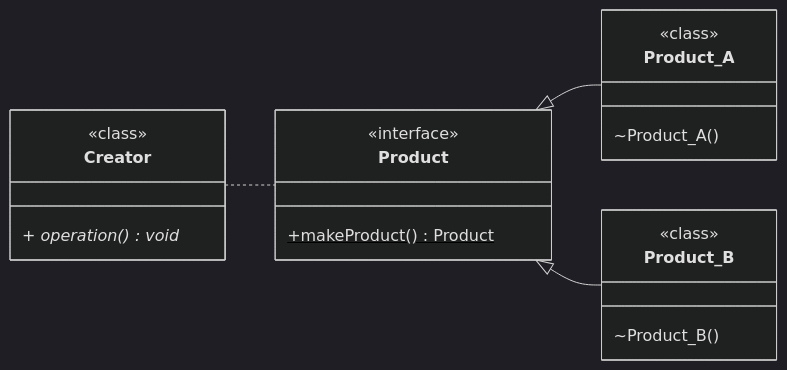
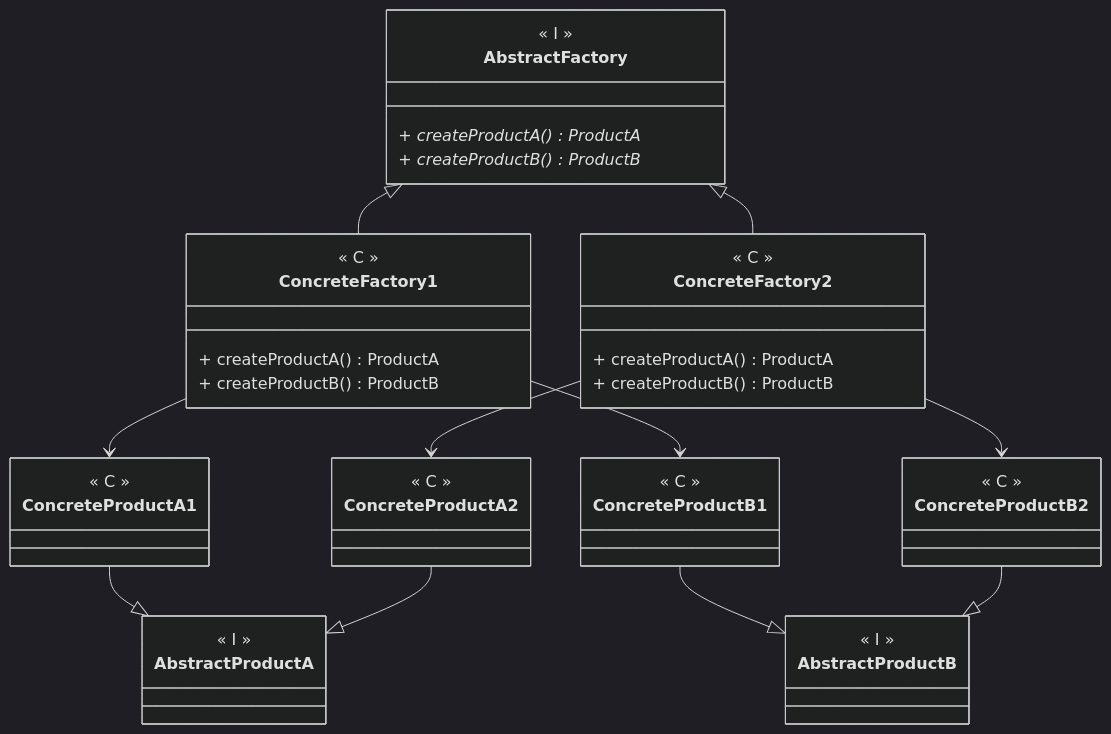
The third of 3 diagrams in Programming/Patterns/data/Factory.md (angelromarco04/MyNotes), drawn with Mermaid (dark theme) before and after one commit. The commit also changed other lines of this file, not shown here.

Commit message:
-03-2024_1630

````diff
--- a/Programming/Patterns/data/Factory.md
+++ b/Programming/Patterns/data/Factory.md
@@ -187,28 +187,61 @@
 ```mermaid
 classDiagram
-direction LR
+direction TB
 
-Creator .. Product
-Product <|-- Product_A
-Product <|-- Product_B
+AbstractFactory <|-- ConcreteFactory1
+AbstractFactory <|-- ConcreteFactory2
 
-class Product {
-	<<interface>>
-	+makeProduct() Product$
+ConcreteFactory1 --> ConcreteProductA1
+ConcreteFactory1 --> ConcreteProductB1
+
+ConcreteFactory2 --> ConcreteProductA2
+ConcreteFactory2 --> ConcreteProductB2
+
+ConcreteProductA1 --|> AbstractProductA
+ConcreteProductA2 --|> AbstractProductA
+
+ConcreteProductB1 --|> AbstractProductB
+ConcreteProductB2 --|> AbstractProductB
+
+class AbstractFactory {
+	<< I >>
+	+ createProductA() ProductA *
+	+ createProductB() ProductB *
 }
 
-class Product_A {
-	<<class>>
-	~Product_A()
+class ConcreteFactory1 {
+	<< C >>
+	+ createProductA() ProductA
+	+ createProductB() ProductB
 }
 
-class Product_B {
-	<<class>>
-	~Product_B()
+class ConcreteFactory2 {
+	<< C >>
+	+ createProductA() ProductA
+	+ createProductB() ProductB
 }
 
-class Creator {
-	<<class>>
-	+ operation() void*
+class AbstractProductA {
+	<< I >>
+}
+
+class ConcreteProductA1 {
+	<< C >>
+}
+
+class ConcreteProductA2 {
+	<< C >>
+}
+
+class AbstractProductB {
+	<< I >>
+}
+
+class ConcreteProductB1 {
+	<< C >>
+}
+
+class ConcreteProductB2 {
+	<< C >>
 }
 ```
````
